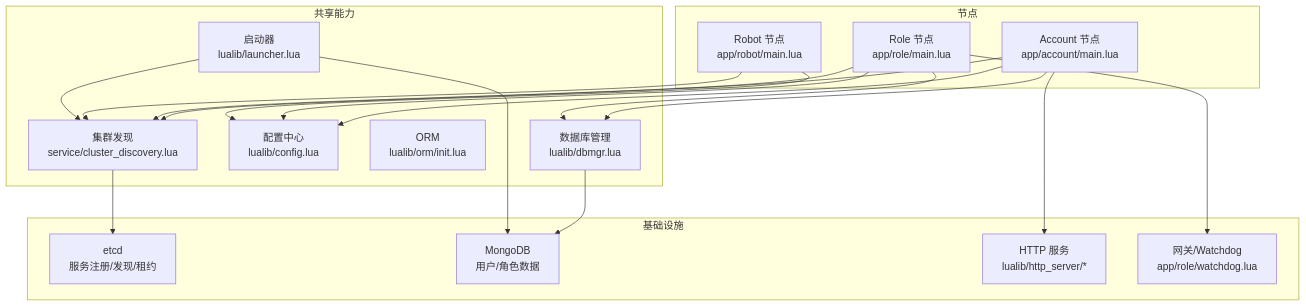
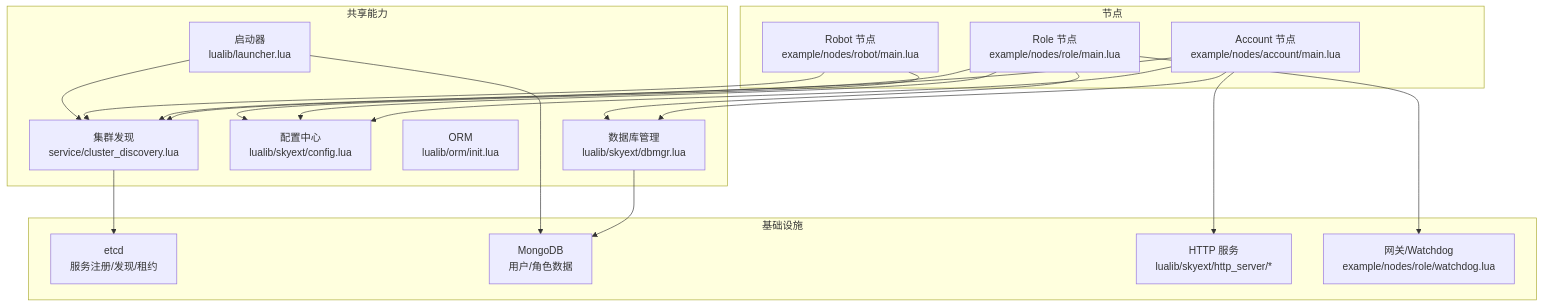
One commit to hanxi/skyext changed the second of 10 diagrams in docs/repowiki/zh/content/架构设计/架构设计.md. Above: the diagram before and after it, drawn with Mermaid. The commit also changed other lines of this file and 117 other files, not shown here.

````diff
--- a/docs/repowiki/zh/content/架构设计/架构设计.md
+++ b/docs/repowiki/zh/content/架构设计/架构设计.md
@@ -93,35 +93,35 @@
 ```mermaid
 graph TB
 subgraph "节点"
-ACC["Account 节点<br/>app/account/main.lua"]
-ROLE["Role 节点<br/>app/role/main.lua"]
-ROBOT["Robot 节点<br/>app/robot/main.lua"]
+ACC["Account 节点<br/>example/nodes/account/main.lua"]
+ROLE["Role 节点<br/>example/nodes/role/main.lua"]
+ROBOT["Robot 节点<br/>example/nodes/robot/main.lua"]
 end
 subgraph "基础设施"
 ETCD["etcd<br/>服务注册/发现/租约"]
 MONGO["MongoDB<br/>用户/角色数据"]
-HTTP["HTTP 服务<br/>lualib/http_server/*"]
-GW["网关/Watchdog<br/>app/role/watchdog.lua"]
+HTTP["HTTP 服务<br/>lualib/skyext/http_server/*"]
+GW["网关/Watchdog<br/>example/nodes/role/watchdog.lua"]
 end
 subgraph "共享能力"
 CD["集群发现<br/>service/cluster_discovery.lua"]
-CFG["配置中心<br/>lualib/config.lua"]
+CFG["配置中心<br/>lualib/skyext/config.lua"]
 ORM["ORM<br/>lualib/orm/init.lua"]
-DBM["数据库管理<br/>lualib/dbmgr.lua"]
+DBM["数据库管理<br/>lualib/skyext/dbmgr.lua"]
 LCH["启动器<br/>lualib/launcher.lua"]
 end
 ACC --> HTTP
 ACC --> CD
 ACC --> CFG
 ACC --> DBM
 ROLE --> GW
 ROLE --> CD
 ROLE --> CFG
 ROLE --> DBM
 ROBOT --> CD
 ROBOT --> CFG
 CD --> ETCD
 DBM --> MONGO
 LCH --> CD
 LCH --> MONGO
 ```
````
